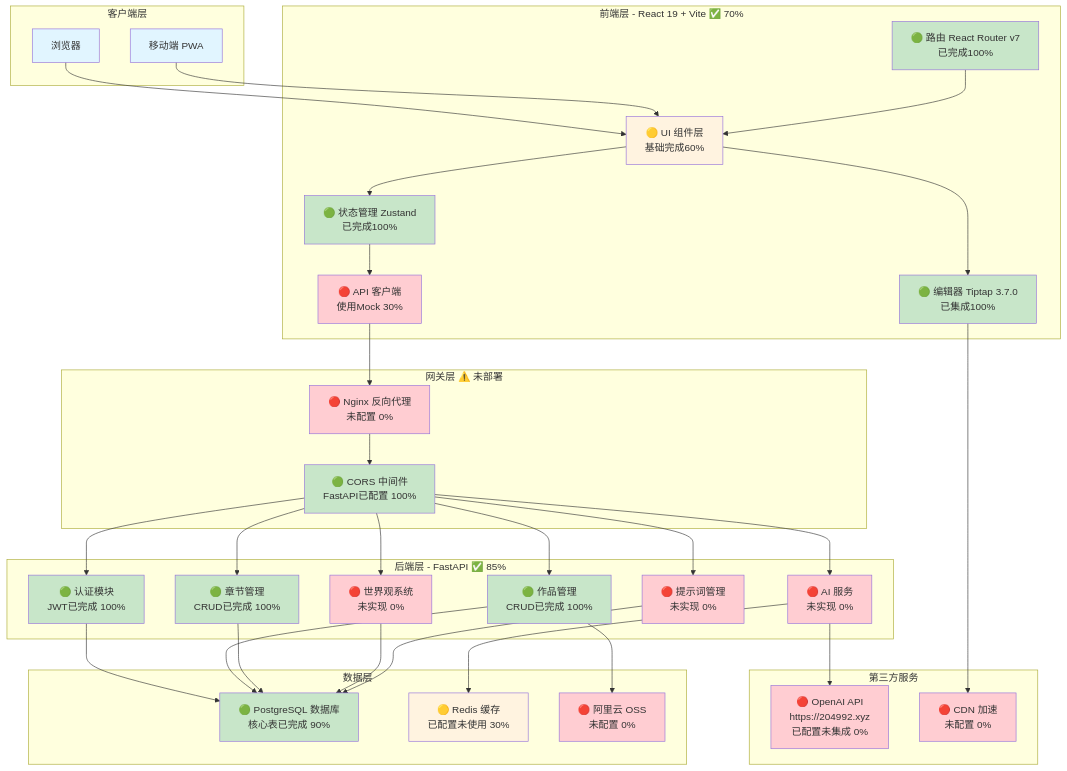
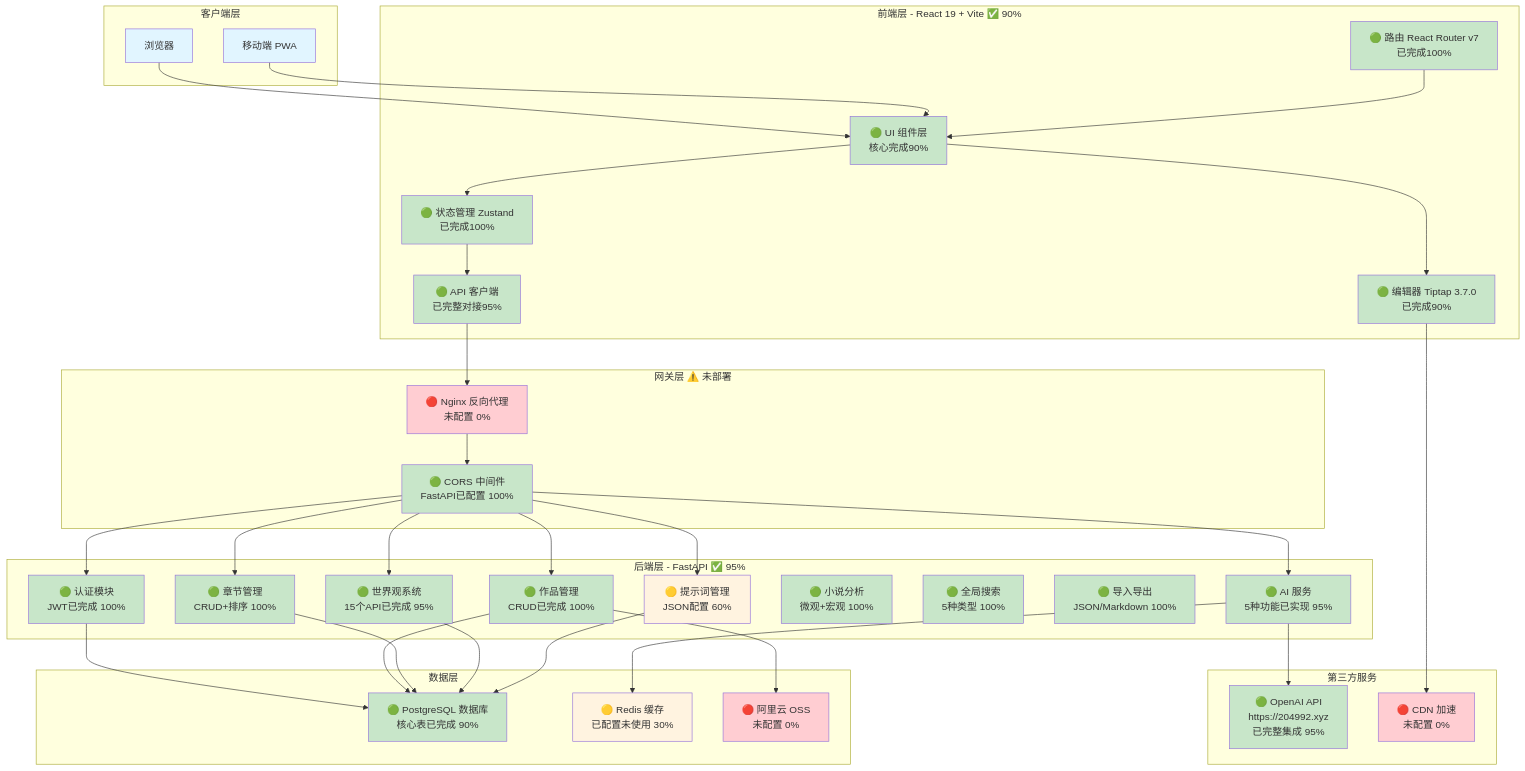
Before and after one commit to alin776/ai_writer: the first of 13 diagrams in NovelAIde 项目架构图.md, drawn with Mermaid. The commit also changed other lines of this file and 1 other file, not shown here.

First line of the commit message:
docs: 更新项目文档至v2.8和架构图 - 反映Milestone 1完成状态

```diff
--- a/NovelAIde 项目架构图.md
+++ b/NovelAIde 项目架构图.md
@@ -22,11 +25,11 @@
         Mobile[移动端 PWA]
     end
 
-    subgraph "前端层 - React 19 + Vite ✅ 70%"
-        UI[🟡 UI 组件层<br/>基础完成60%]
-        Editor[🟢 编辑器 Tiptap 3.7.0<br/>已集成100%]
+    subgraph "前端层 - React 19 + Vite ✅ 90%"
+        UI[🟢 UI 组件层<br/>核心完成90%]
+        Editor[🟢 编辑器 Tiptap 3.7.0<br/>已完成90%]
         State[🟢 状态管理 Zustand<br/>已完成100%]
-        API_Client[🔴 API 客户端<br/>使用Mock 30%]
+        API_Client[🟢 API 客户端<br/>已完整对接95%]
         Router[🟢 路由 React Router v7<br/>已完成100%]
     end
 
@@ -35,13 +38,16 @@
         CORS[🟢 CORS 中间件<br/>FastAPI已配置 100%]
     end
 
-    subgraph "后端层 - FastAPI ✅ 85%"
+    subgraph "后端层 - FastAPI ✅ 95%"
         Auth[🟢 认证模块<br/>JWT已完成 100%]
         Works[🟢 作品管理<br/>CRUD已完成 100%]
-        Chapters[🟢 章节管理<br/>CRUD已完成 100%]
-        AI_Service[🔴 AI 服务<br/>未实现 0%]
-        WorldView[🔴 世界观系统<br/>未实现 0%]
-        Prompt[🔴 提示词管理<br/>未实现 0%]
+        Chapters[🟢 章节管理<br/>CRUD+排序 100%]
+        AI_Service[🟢 AI 服务<br/>5种功能已实现 95%]
+        WorldView[🟢 世界观系统<br/>15个API已完成 95%]
+        Analysis[🟢 小说分析<br/>微观+宏观 100%]
+        Search[🟢 全局搜索<br/>5种类型 100%]
+        Export[🟢 导入导出<br/>JSON/Markdown 100%]
+        Prompt[🟡 提示词管理<br/>JSON配置 60%]
     end
 
     subgraph "数据层"
@@ -51,7 +57,7 @@
     end
 
     subgraph "第三方服务"
-        OpenAI[🔴 OpenAI API<br/>https://204992.xyz<br/>已配置未集成 0%]
+        OpenAI[🟢 OpenAI API<br/>https://204992.xyz<br/>已完整集成 95%]
         CDN[🔴 CDN 加速<br/>未配置 0%]
     end
 
@@ -92,13 +98,16 @@
     style Chapters fill:#c8e6c9
     style PostgreSQL fill:#c8e6c9
     style CORS fill:#c8e6c9
-    style UI fill:#fff3e0
-    style API_Client fill:#ffcdd2
+    style UI fill:#c8e6c9
+    style API_Client fill:#c8e6c9
     style Redis fill:#fff3e0
-    style AI_Service fill:#ffcdd2
-    style WorldView fill:#ffcdd2
-    style Prompt fill:#ffcdd2
-    style OpenAI fill:#ffcdd2
+    style AI_Service fill:#c8e6c9
+    style WorldView fill:#c8e6c9
+    style Analysis fill:#c8e6c9
+    style Search fill:#c8e6c9
+    style Export fill:#c8e6c9
+    style Prompt fill:#fff3e0
+    style OpenAI fill:#c8e6c9
     style OSS fill:#ffcdd2
     style CDN fill:#ffcdd2
     style NGINX fill:#ffcdd2
```
